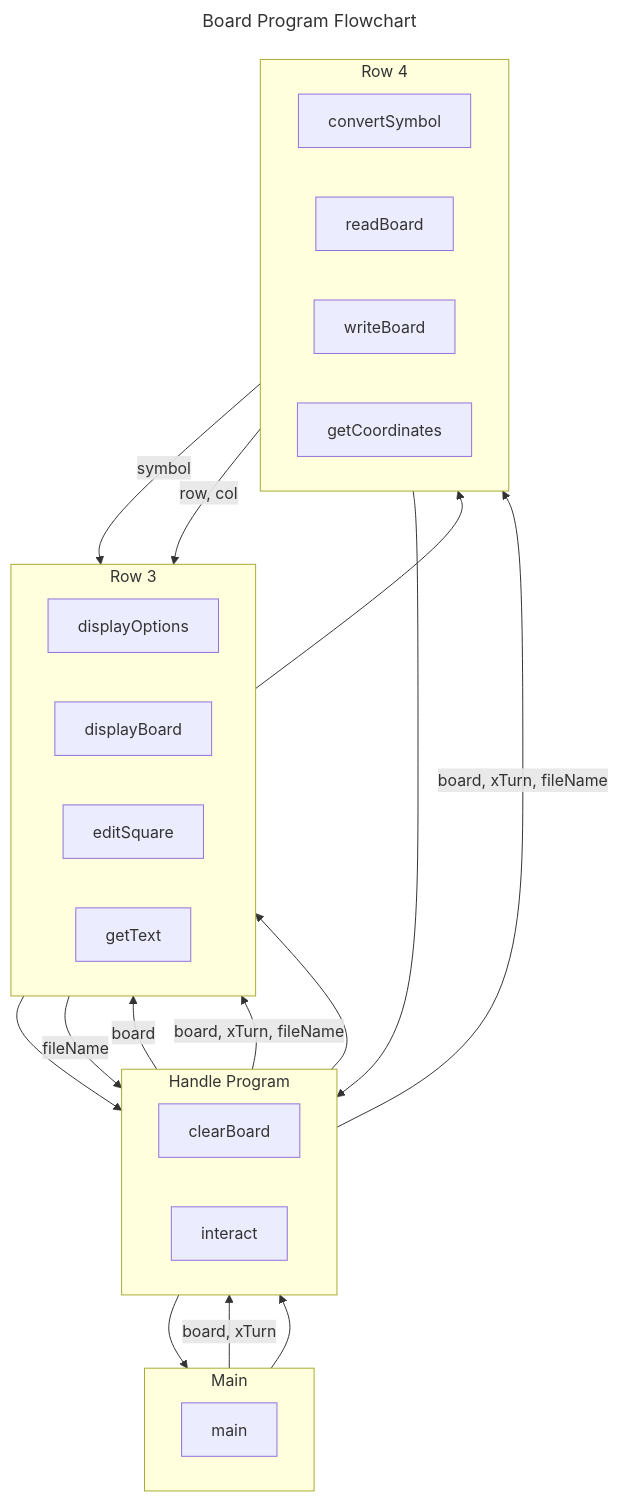
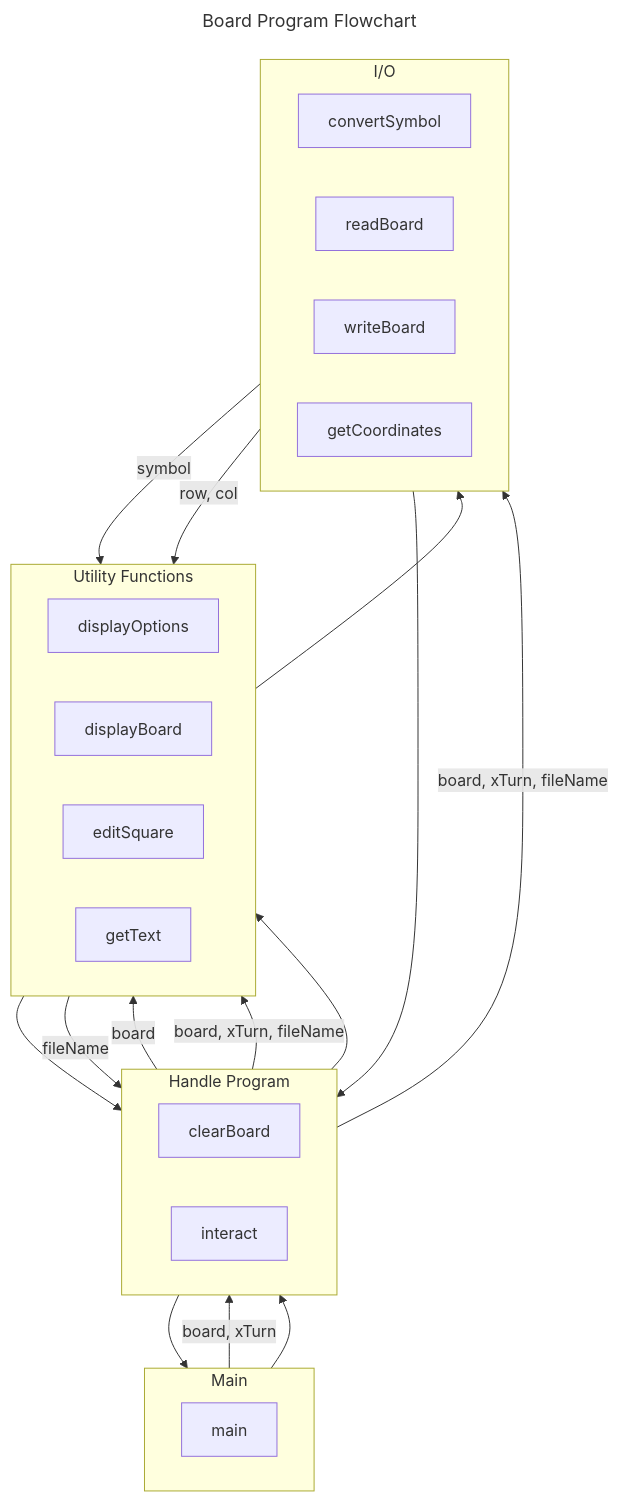
Before and after one commit to ehrrsn7/object-oriented-programming: the diagram in cpp/Unit-1/Chapter-1.0/1.0-Design-Documents.ai.md, drawn with Mermaid.

Commit message:
🤖 AI C21914i11:14 AM: ${AMi8e23AMge} | ${7AM11:14 AMe}

```diff
--- a/cpp/Unit-1/Chapter-1.0/1.0-Design-Documents.ai.md
+++ b/cpp/Unit-1/Chapter-1.0/1.0-Design-Documents.ai.md
@@ -196,55 +196,55 @@
 :::mermaid
 ---
 title: Board Program Flowchart
 layout: hierarchical
 flowchart:
    htmlLabels: false
 ---
 flowchart TB
    subgraph subGraph1["Main"]
       direction LR
 
       main["main"]
    end
 
    subgraph subGraph2["Handle Program"]
       direction RL
 
       clearBoard["clearBoard"]
       interact["interact"]
    end
 
-   subgraph subGraph3["Row 3"]
+   subgraph subGraph3["Utility Functions"]
       direction LR
 
       displayOptions["displayOptions"]
       displayBoard["displayBoard"]
       editSquare["editSquare"]
       getText["getText"]
    end
 
-   subgraph subGraph4["Row 4"]
+   subgraph subGraph4["I/O"]
       direction LR
 
       convertSymbol["convertSymbol"]
       readBoard["readBoard"]
       writeBoard["writeBoard"]
       getCoordinates["getCoordinates"]
    end
 
    main -->|board, xTurn| interact
 
    clearBoard --> main
    
    displayOptions --> interact
    interact -->|board| displayBoard
    readBoard --> interact
    interact -->|board, xTurn, fileName| writeBoard
    interact -->|board, xTurn, fileName| editSquare
    getText -->|fileName| interact
 
    convertSymbol -->|symbol| displayBoard
    getCoordinates -->|row, col| editSquare
 
    subGraph1 --> subGraph2 --> subGraph3 --> subGraph4
 :::
```
